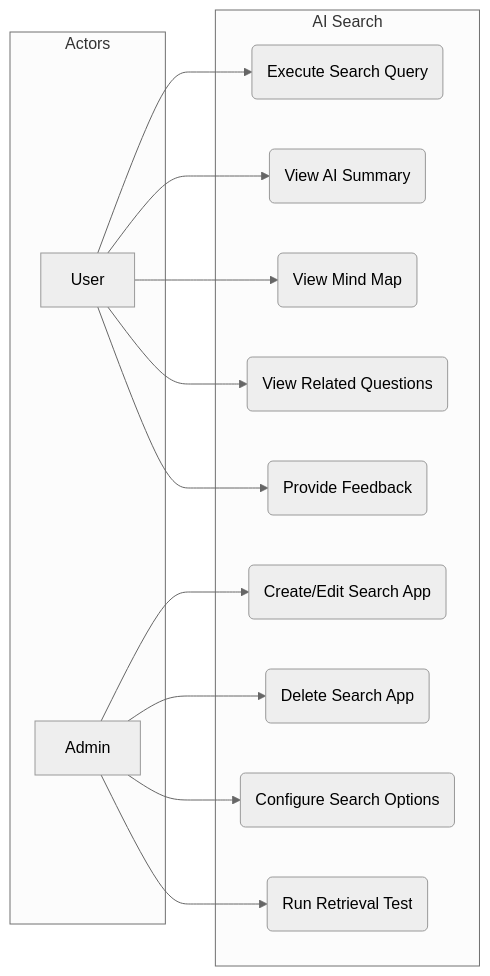
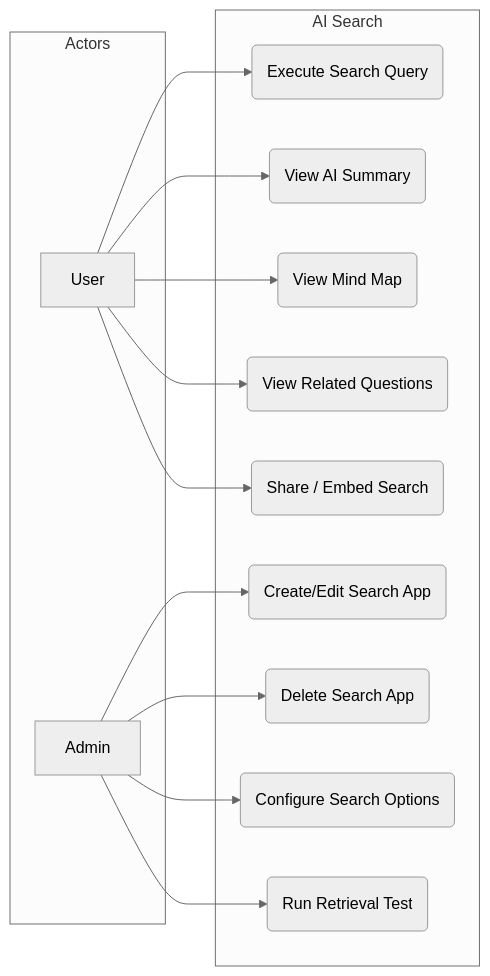
The first of 2 diagrams in docs/srs/ai-features/fr-ai-search.md (b-knowledge-solution/b-knowledge), drawn with Mermaid (neutral theme) before and after one commit. The commit also changed other lines of this file and 83 other files, not shown here.

````diff
--- a/docs/srs/ai-features/fr-ai-search.md
+++ b/docs/srs/ai-features/fr-ai-search.md
@@ -9,27 +9,27 @@
 ```mermaid
 graph LR
     subgraph Actors
         U[User]
         A[Admin]
     end
     subgraph "AI Search"
         UC1(Create/Edit Search App)
         UC2(Delete Search App)
         UC3(Execute Search Query)
         UC4(View AI Summary)
         UC5(View Mind Map)
         UC6(View Related Questions)
-        UC7(Provide Feedback)
+        UC7(Share / Embed Search)
         UC8(Run Retrieval Test)
         UC9(Configure Search Options)
     end
     A --> UC1
     A --> UC2
     A --> UC9
     U --> UC3
     U --> UC4
     U --> UC5
     U --> UC6
     U --> UC7
     A --> UC8
 ```
````
